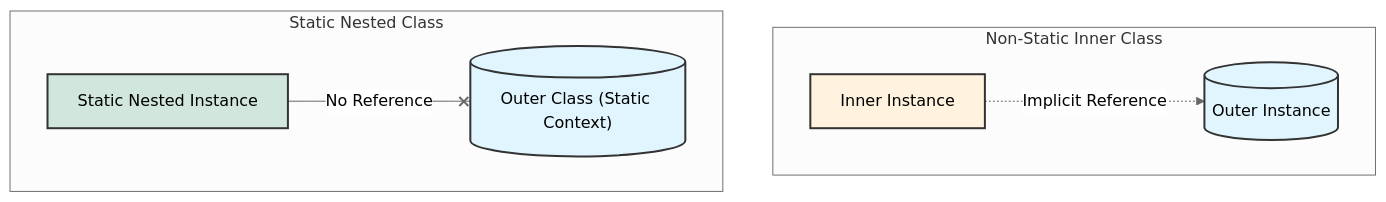
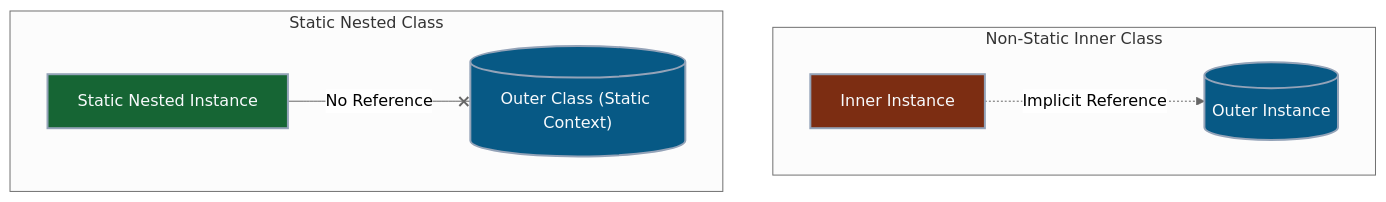
One commit to Kang-Hyesung/kang-hyesung.github.io changed the first of 2 diagrams in _posts/java/10-내부_클래스,익명_객체,패키지/2026-01-27-정적-중첩-클래스.md. Above: the diagram before and after it, drawn with Mermaid (neutral theme). The commit also changed other lines of this file and 74 other files, not shown here.

Commit message:
docs: update post visibility and mermaid colors

````diff
--- a/_posts/java/10-내부_클래스,익명_객체,패키지/2026-01-27-정적-중첩-클래스.md
+++ b/_posts/java/10-내부_클래스,익명_객체,패키지/2026-01-27-정적-중첩-클래스.md
@@ -18,20 +18,20 @@
 ```mermaid
 graph TD
     subgraph "Non-Static Inner Class"
         O1[("Outer Instance")]
         I1["Inner Instance"]
         I1 -.->|Implicit Reference| O1
     end
 
     subgraph "Static Nested Class"
         O2[("Outer Class (Static Context)")]
         I2["Static Nested Instance"]
         I2 --x|No Reference| O2
     end
 
-    style O1 fill:#e1f5fe,stroke:#333,stroke-width:2px
-    style I1 fill:#fff3e0,stroke:#333,stroke-width:2px
-    style O2 fill:#e1f5fe,stroke:#333,stroke-width:2px
-    style I2 fill:#d1e7dd,stroke:#333,stroke-width:2px
+    style O1 fill:#075985,stroke:#94a3b8,stroke-width:2px,color:#f8fafc
+    style I1 fill:#7c2d12,stroke:#94a3b8,stroke-width:2px,color:#f8fafc
+    style O2 fill:#075985,stroke:#94a3b8,stroke-width:2px,color:#f8fafc
+    style I2 fill:#166534,stroke:#94a3b8,stroke-width:2px,color:#f8fafc
 
 ```
````
